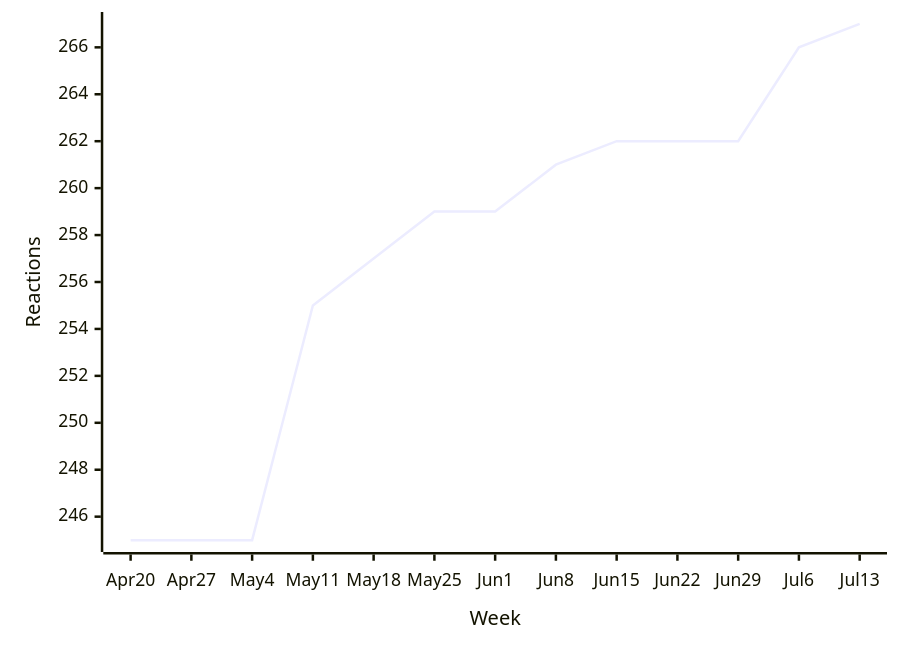
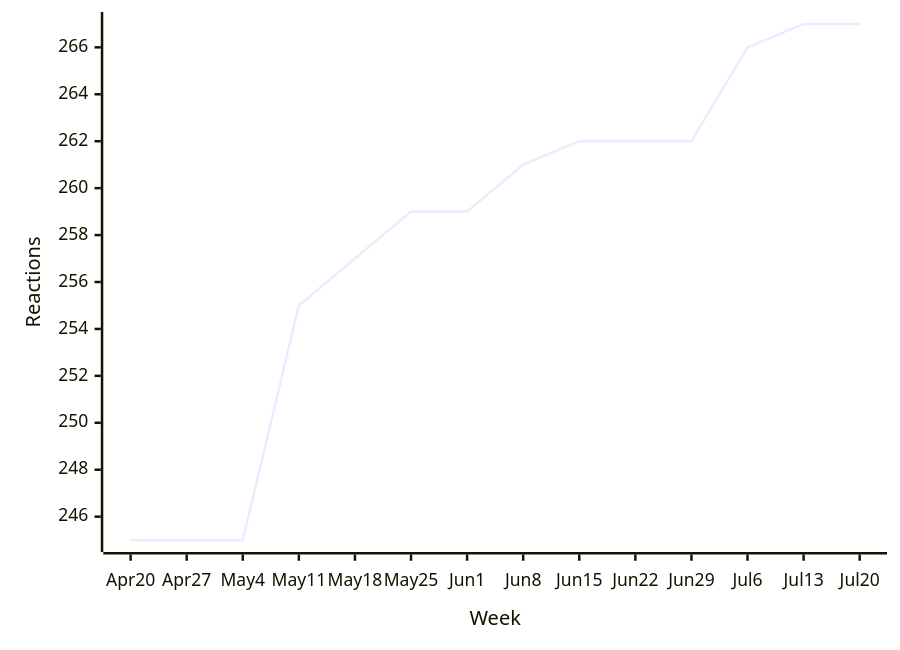
Before and after one commit to loic-sharma/github-insights: the fifth of 48 diagrams in README.md, drawn with Mermaid. The commit also changed other lines of this file and 3 other files, not shown here.

````diff
--- a/README.md
+++ b/README.md
@@ -407,6 +407,6 @@
   ```mermaid
   xychart-beta
-    x-axis "Week" [Apr 20, Apr 27, May 4, May 11, May 18, May 25, Jun 1, Jun 8, Jun 15, Jun 22, Jun 29, Jul 6, Jul 13]
+    x-axis "Week" [Apr 20, Apr 27, May 4, May 11, May 18, May 25, Jun 1, Jun 8, Jun 15, Jun 22, Jun 29, Jul 6, Jul 13, Jul 20]
     y-axis "Reactions"
-    line [245, 245, 245, 255, 257, 259, 259, 261, 262, 262, 262, 266, 267]
+    line [245, 245, 245, 255, 257, 259, 259, 261, 262, 262, 262, 266, 267, 267]
   ```
````
